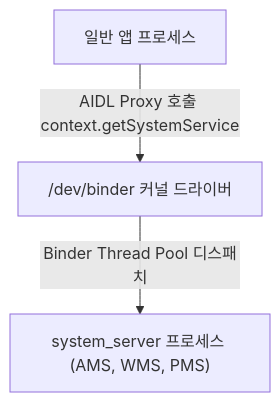
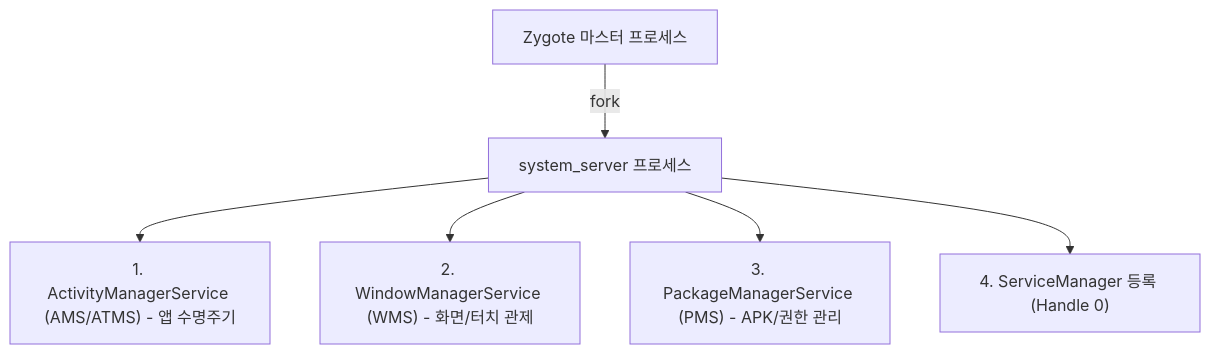
Before and after one commit to youngmin-gwon/what-i-studied: the diagram in 01_inbox/mobile/android/04_system_services/system-server.md, drawn with Mermaid. The commit also changed other lines of this file and 55 other files, not shown here.

````diff
--- a/01_inbox/mobile/android/04_system_services/system-server.md
+++ b/01_inbox/mobile/android/04_system_services/system-server.md
@@ -58,5 +25,8 @@
 ```mermaid
 graph TD
-    AppProc["일반 앱 프로세스"] -->|AIDL Proxy 호출 context.getSystemService| BinderDriver["/dev/binder 커널 드라이버"]
-    BinderDriver -->|Binder Thread Pool 디스패치| SystemServer["system_server 프로세스 (AMS, WMS, PMS)"]
+    Zygote["Zygote 마스터 프로세스"] -->|fork| SS["system_server 프로세스"]
+    SS --> AMS["1. ActivityManagerService (AMS/ATMS) - 앱 수명주기"]
+    SS --> WMS["2. WindowManagerService (WMS) - 화면/터치 관제"]
+    SS --> PMS["3. PackageManagerService (PMS) - APK/권한 관리"]
+    SS --> SM["4. ServiceManager 등록 (Handle 0)"]
 ```
````
